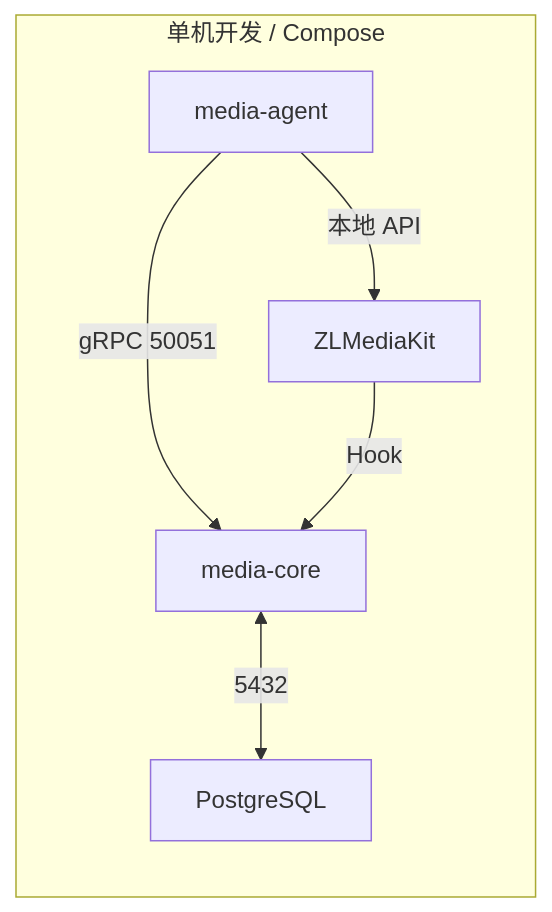
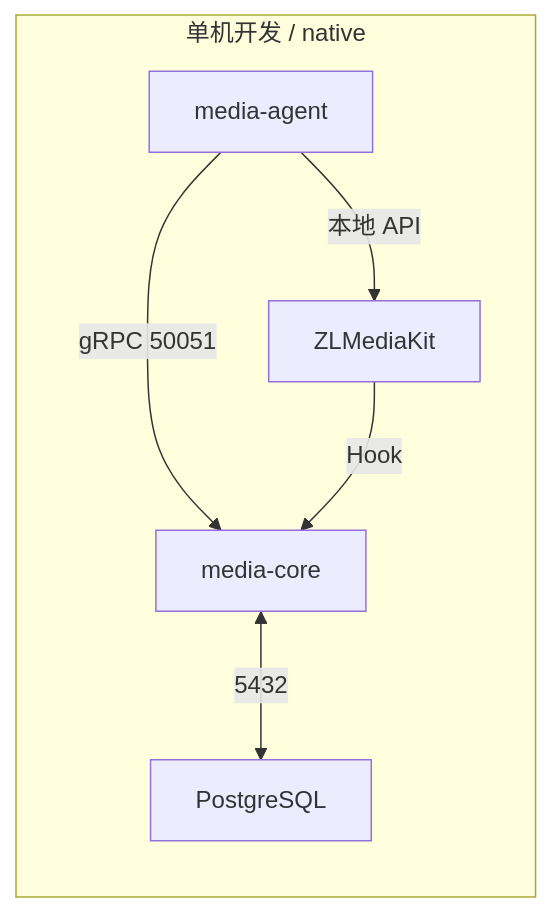
One commit to yu1101610062/StreamServer changed the fifth of 7 diagrams in docs/16-部署架构图.md. Above: the diagram before and after it, drawn with Mermaid. The commit also changed other lines of this file and 36 other files, not shown here.

````diff
--- a/docs/16-部署架构图.md
+++ b/docs/16-部署架构图.md
@@ -210,14 +210,14 @@
 ```mermaid
 flowchart LR
-    subgraph Dev["单机开发 / Compose"]
+    subgraph Dev["单机开发 / native"]
         Core["media-core"]
         Agent["media-agent"]
         ZLM["ZLMediaKit"]
         DB["PostgreSQL"]
     end
 
     Core <-->|"5432"| DB
     Agent -->|"gRPC 50051"| Core
     ZLM -->|"Hook"| Core
     Agent -->|"本地 API"| ZLM
 ```
````
